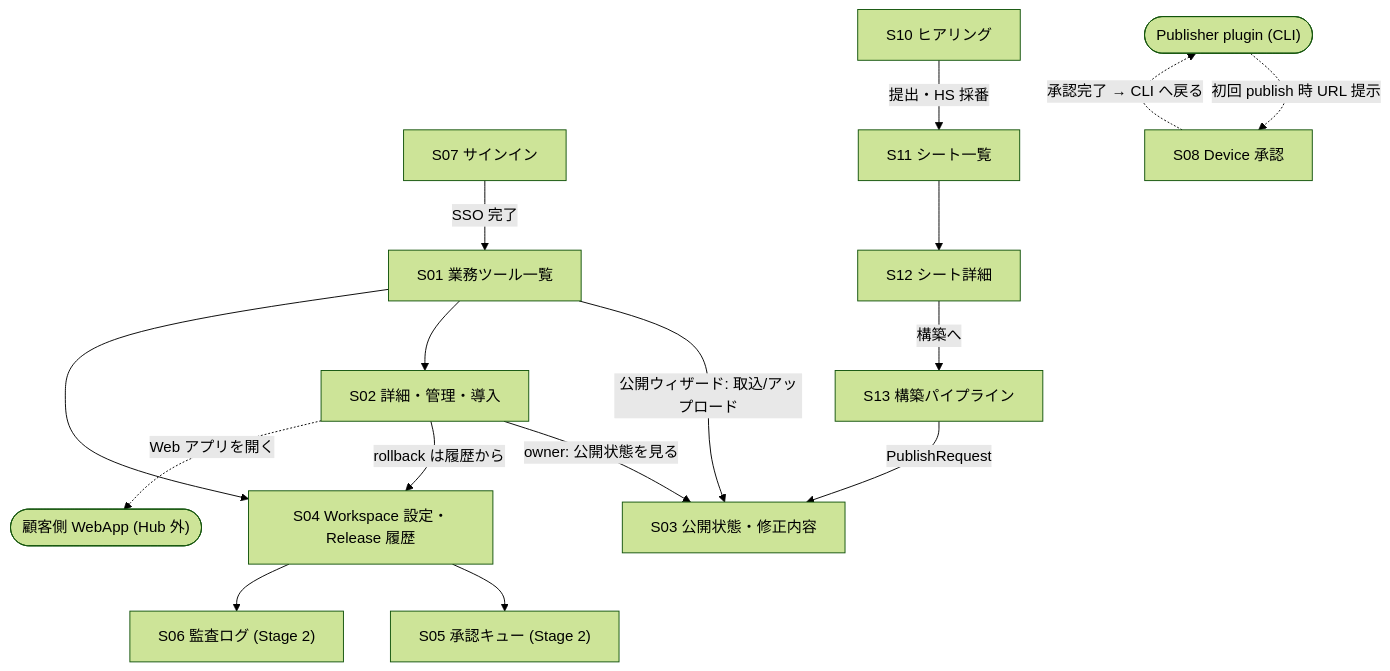
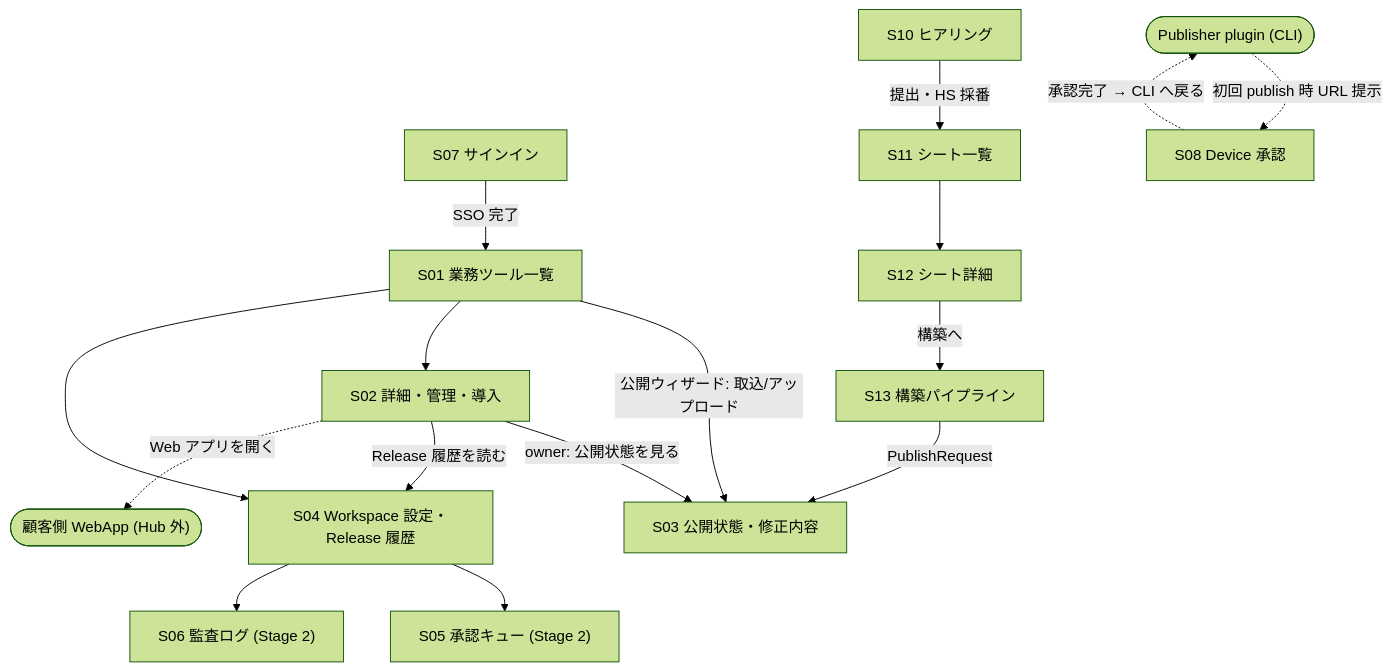
The diagram in docs/screen-inventory.md (daishiman/HarnessHub), drawn with Mermaid (forest theme) before and after one commit. The commit also changed other lines of this file and 234 other files, not shown here.

````diff
--- a/docs/screen-inventory.md
+++ b/docs/screen-inventory.md
@@ -67,18 +121,18 @@
 ```mermaid
 graph TD
     S07["S07 サインイン"] -->|SSO 完了| S01["S01 業務ツール一覧"]
     S01 -->|"公開ウィザード: 取込/アップロード"| S03["S03 公開状態・修正内容"]
     S01 --> S02["S02 詳細・管理・導入"]
     S02 -->|"owner: 公開状態を見る"| S03["S03 公開状態・修正内容"]
     S01 --> S04["S04 Workspace 設定・Release 履歴"]
-    S02 -->|rollback は履歴から| S04
+    S02 -->|"Release 履歴を読む"| S04
     S04 --> S05["S05 承認キュー (Stage 2)"]
     S04 --> S06["S06 監査ログ (Stage 2)"]
     EXT1(["Publisher plugin (CLI)"]) -.->|"初回 publish 時 URL 提示"| S08["S08 Device 承認"]
     S08 -.->|承認完了 → CLI へ戻る| EXT1
     S02 -.->|"Web アプリを開く"| EXT2(["顧客側 WebApp (Hub 外)"])
     S10["S10 ヒアリング"] -->|"提出・HS 採番"| S11["S11 シート一覧"]
     S11 --> S12["S12 シート詳細"]
     S12 -->|"構築へ"| S13["S13 構築パイプライン"]
     S13 -->|"PublishRequest"| S03
 ```
````
